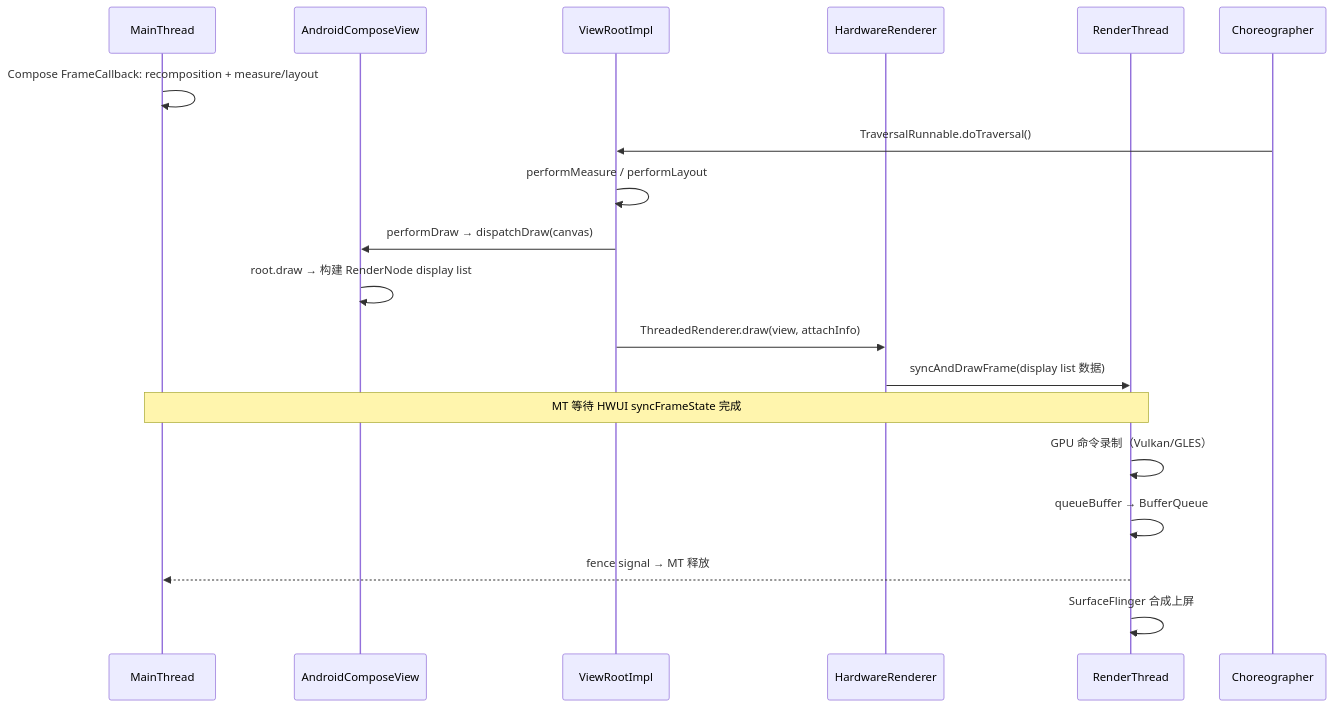
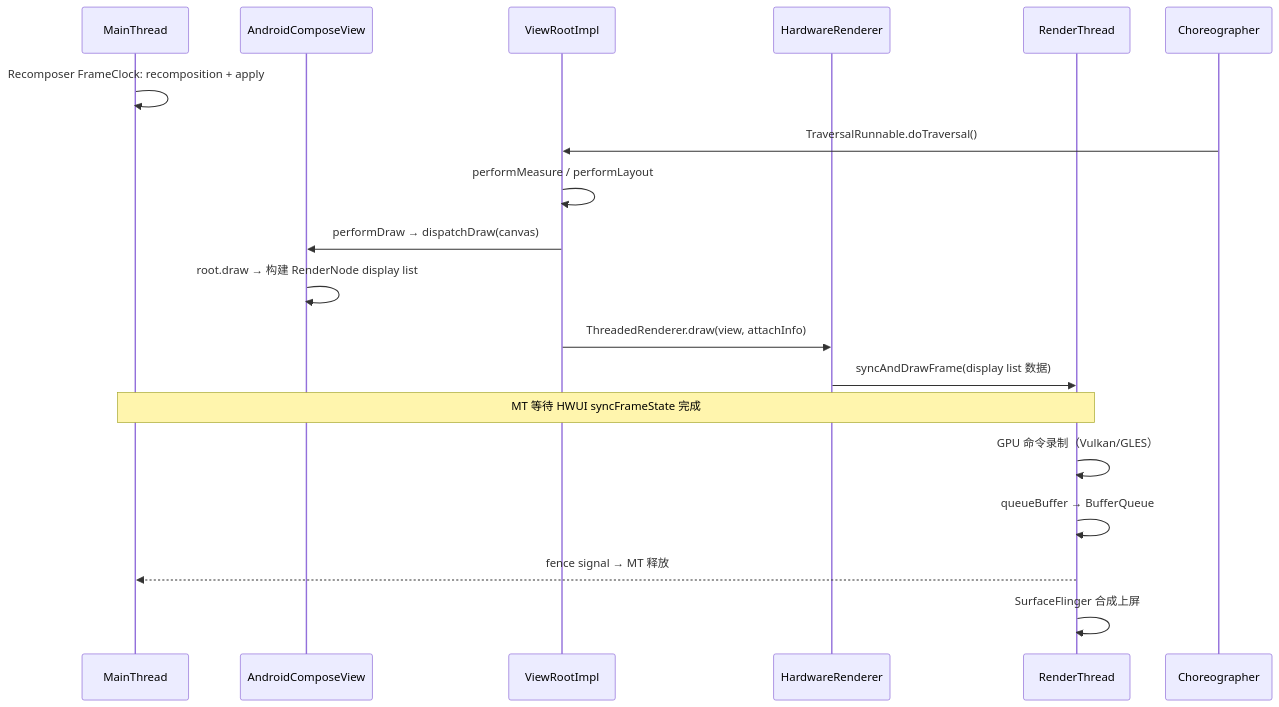
One commit to Gracker/android-internals-wiki changed the fourth of 4 diagrams in src/part2-performance/ch18-rendering-pipelines/25-compose-rendering-pipeline.md. Above: the diagram before and after it, drawn with Mermaid. The commit also changed other lines of this file and 1 other file, not shown here.

Commit message:
[openclaw] rework: 18.25 Compose 渲染管线架构 — FrameClock/traversal边界·GraphicsLayer主路径·Snapshot锁语义·PausableComposition版本边界(Task9 Deep Tech Review 5项P0修复)

````diff
--- a/src/part2-performance/ch18-rendering-pipelines/25-compose-rendering-pipeline.md
+++ b/src/part2-performance/ch18-rendering-pipelines/25-compose-rendering-pipeline.md
@@ -461,21 +468,21 @@
 ```mermaid
 sequenceDiagram
     participant MT as MainThread
     participant ACP as AndroidComposeView
     participant VRI as ViewRootImpl
     participant HR as HardwareRenderer
     participant RT as RenderThread
     
-    MT->>MT: Compose FrameCallback: recomposition + measure/layout
+    MT->>MT: Recomposer FrameClock: recomposition + apply
     Choreographer->>VRI: TraversalRunnable.doTraversal()
     VRI->>VRI: performMeasure / performLayout
     VRI->>ACP: performDraw → dispatchDraw(canvas)
     ACP->>ACP: root.draw → 构建 RenderNode display list
     VRI->>HR: ThreadedRenderer.draw(view, attachInfo)
     HR->>RT: syncAndDrawFrame(display list 数据)
     Note over MT,RT: MT 等待 HWUI syncFrameState 完成
     RT->>RT: GPU 命令录制（Vulkan/GLES）
     RT->>RT: queueBuffer → BufferQueue
     RT-->>MT: fence signal → MT 释放
     RT->>RT: SurfaceFlinger 合成上屏
 ```
````
